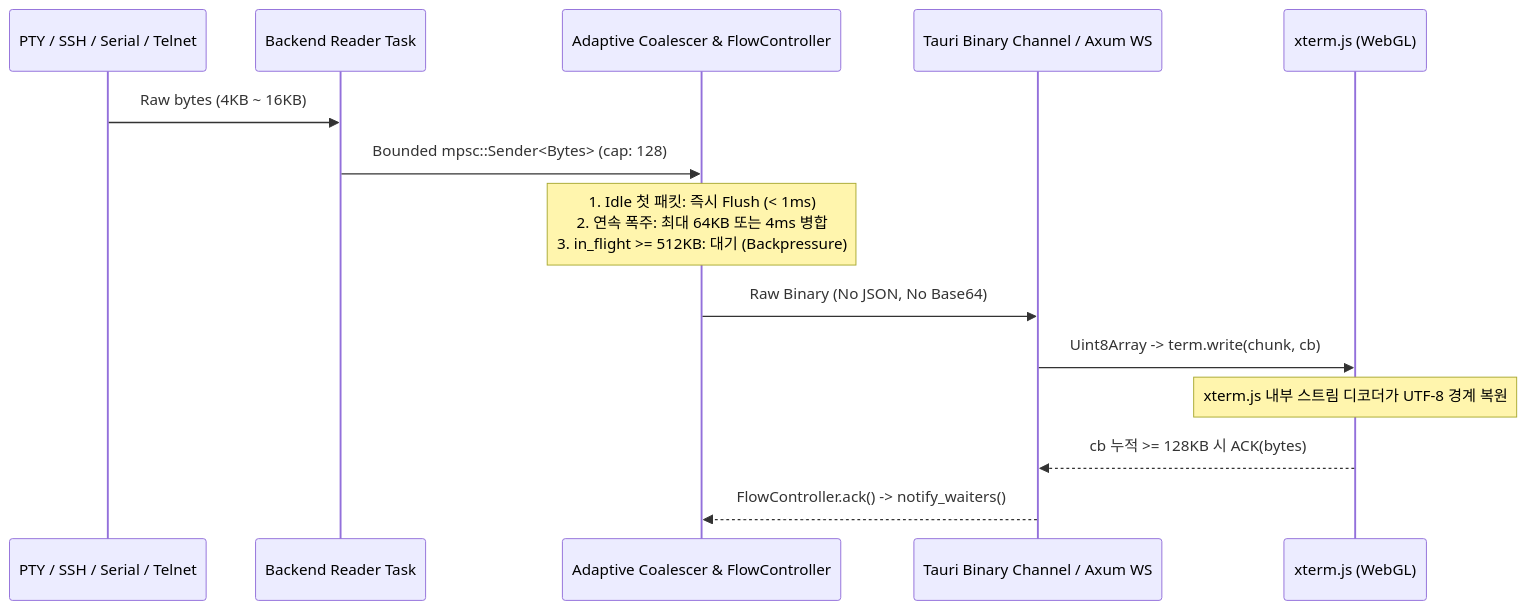
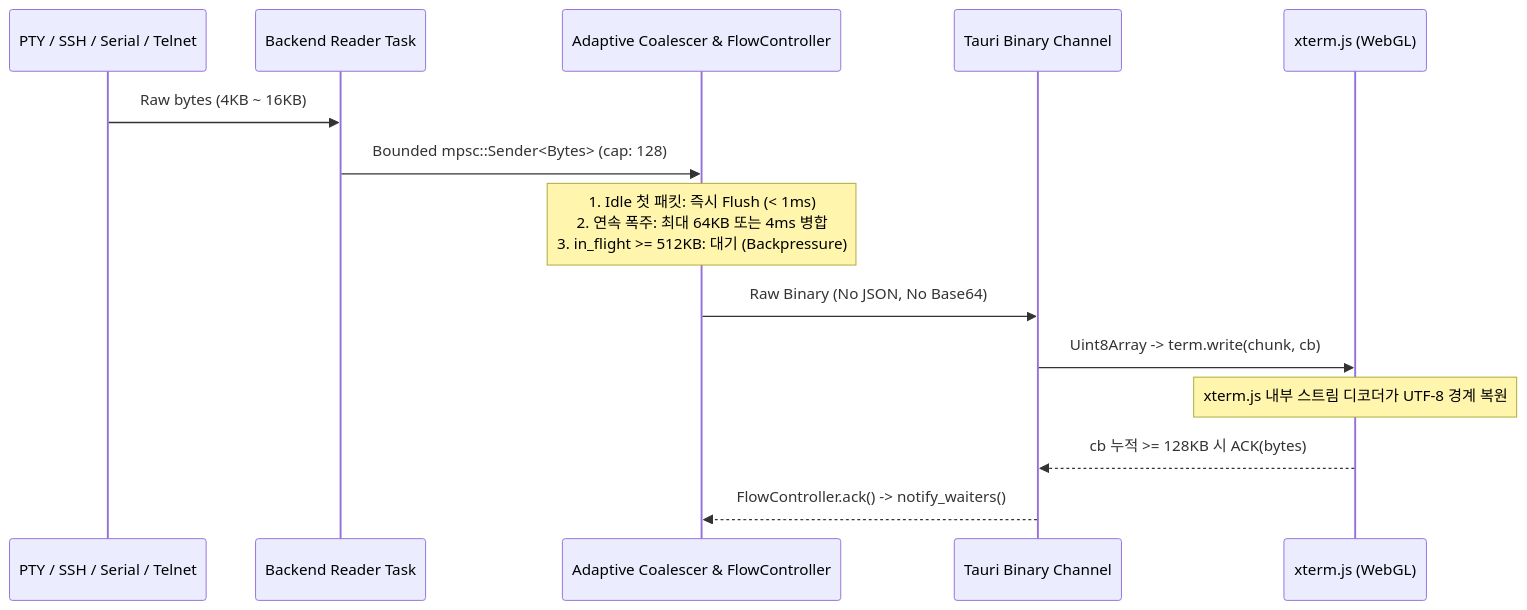
Before and after one commit to Othkkartho/ConduitProject: the diagram in docs/02-dataflow-and-streaming.md, drawn with Mermaid. The commit also changed other lines of this file and 8 other files, not shown here.

````diff
--- a/docs/02-dataflow-and-streaming.md
+++ b/docs/02-dataflow-and-streaming.md
@@ -14,17 +14,17 @@
 ```mermaid
 sequenceDiagram
     participant Target as PTY / SSH / Serial / Telnet
     participant Pump as Backend Reader Task
     participant Coal as Adaptive Coalescer & FlowController
-    participant Wire as Tauri Binary Channel / Axum WS
+    participant Wire as Tauri Binary Channel
     participant Term as xterm.js (WebGL)
 
     Target->>Pump: Raw bytes (4KB ~ 16KB)
     Pump->>Coal: Bounded mpsc::Sender<Bytes> (cap: 128)
     Note over Coal: 1. Idle 첫 패킷: 즉시 Flush (< 1ms)<br/>2. 연속 폭주: 최대 64KB 또는 4ms 병합<br/>3. in_flight >= 512KB: 대기 (Backpressure)
     Coal->>Wire: Raw Binary (No JSON, No Base64)
     Wire->>Term: Uint8Array -> term.write(chunk, cb)
     Note over Term: xterm.js 내부 스트림 디코더가 UTF-8 경계 복원
     Term-->>Wire: cb 누적 >= 128KB 시 ACK(bytes)
     Wire-->>Coal: FlowController.ack() -> notify_waiters()
 ```
````
